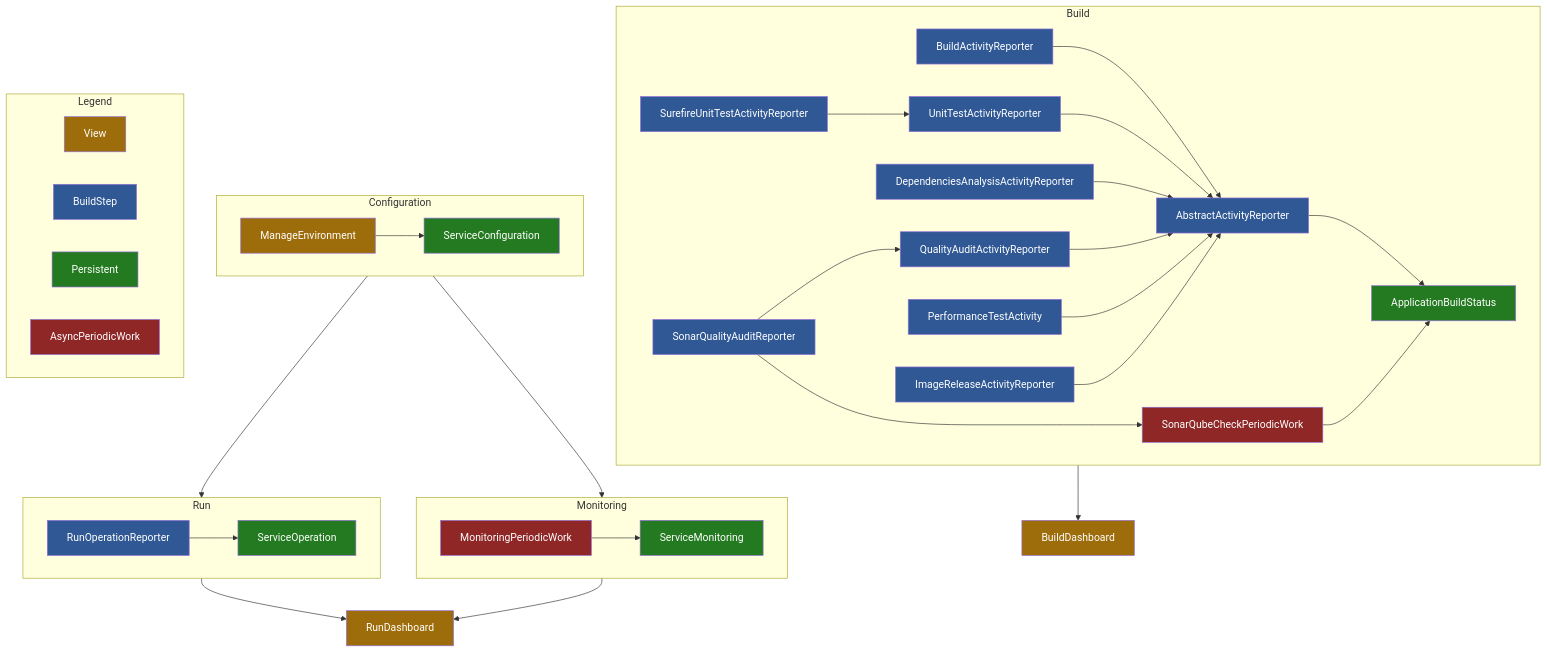
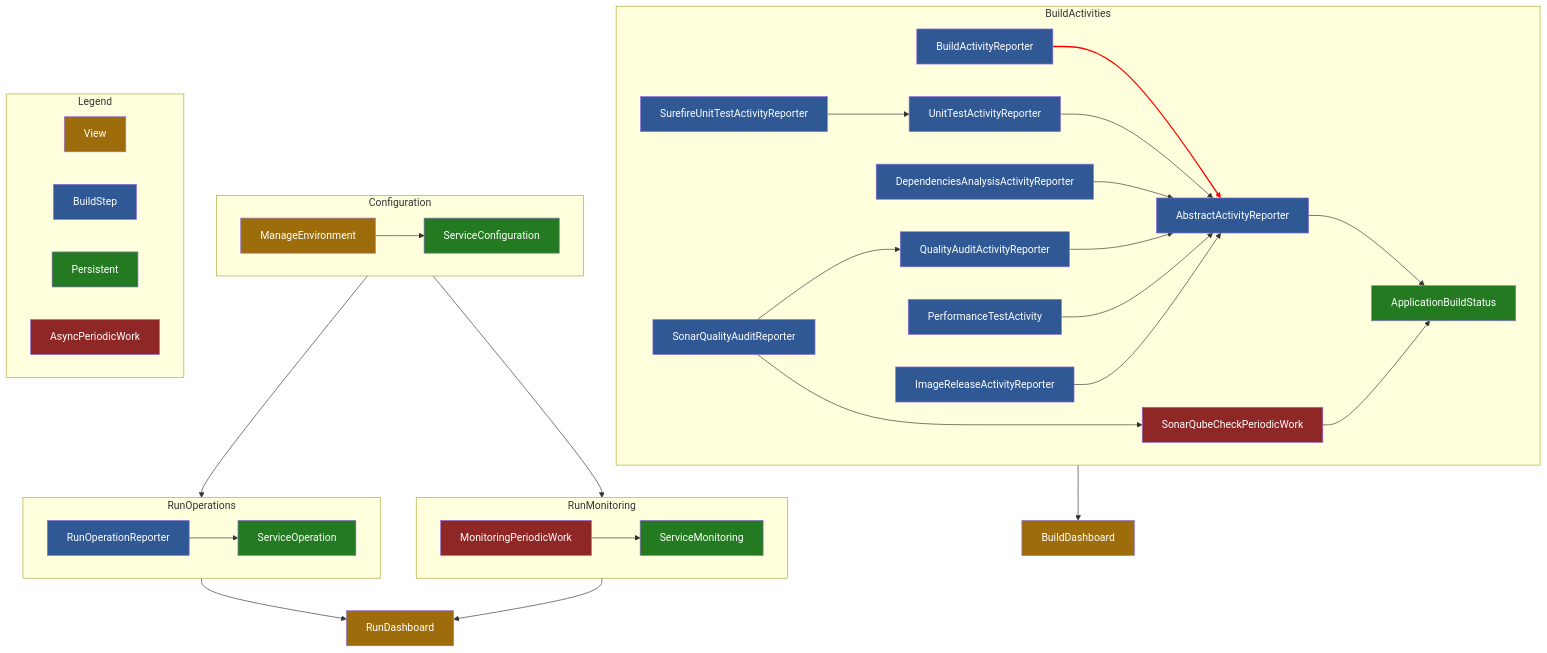
One commit to jenkinsci/devops-portal-plugin changed the diagram in README.md. Above: the diagram before and after it, drawn with Mermaid.

````diff
--- a/README.md
+++ b/README.md
@@ -377,46 +377,47 @@
 ```mermaid
 flowchart TB
     subgraph Configuration
     ManageEnvironment:::view --> ServiceConfiguration:::entity
     end
     
-    subgraph Run
+    subgraph RunOperations
     RunOperationReporter:::reporter --> ServiceOperation:::entity
     end
     
-    subgraph Monitoring
+    subgraph RunMonitoring
     MonitoringPeriodicWork:::worker --> ServiceMonitoring:::entity
     end
     
-    subgraph Build
+    subgraph BuildActivities
     BuildActivityReporter:::reporter --> AbstractActivityReporter:::reporter
     UnitTestActivityReporter:::reporter --> AbstractActivityReporter:::reporter
     SurefireUnitTestActivityReporter:::reporter --> UnitTestActivityReporter:::reporter
     DependenciesAnalysisActivityReporter:::reporter --> AbstractActivityReporter:::reporter
     QualityAuditActivityReporter:::reporter --> AbstractActivityReporter:::reporter
     SonarQualityAuditReporter:::reporter --> QualityAuditActivityReporter:::reporter
     PerformanceTestActivity:::reporter --> AbstractActivityReporter:::reporter
     ImageReleaseActivityReporter:::reporter --> AbstractActivityReporter:::reporter
     AbstractActivityReporter:::reporter --> ApplicationBuildStatus:::entity
     SonarQualityAuditReporter:::reporter --> SonarQubeCheckPeriodicWork:::worker
     SonarQubeCheckPeriodicWork:::worker --> ApplicationBuildStatus:::entity
     end
     
     subgraph Legend
     View:::view
     BuildStep:::reporter
     Persistent:::entity
     AsyncPeriodicWork:::worker
     end
     
-    Configuration --> Run
-    Configuration --> Monitoring
-    Run --> RunDashboard:::view
-    Monitoring --> RunDashboard:::view
-    Build --> BuildDashboard:::view
+    Configuration --> RunOperations
+    Configuration --> RunMonitoring
+    RunOperations --> RunDashboard:::view
+    RunMonitoring --> RunDashboard:::view
+    BuildActivities --> BuildDashboard:::view
     
     classDef view fill:#9e6d0b,color:#fff
     classDef reporter fill:#2f5894,color:#fff
     classDef entity fill:#247a20,color:#fff
     classDef worker fill:#8f2727,color:#fff
+    linkStyle 3 stroke-width:2px,fill:none,stroke:red;
 ```
````
